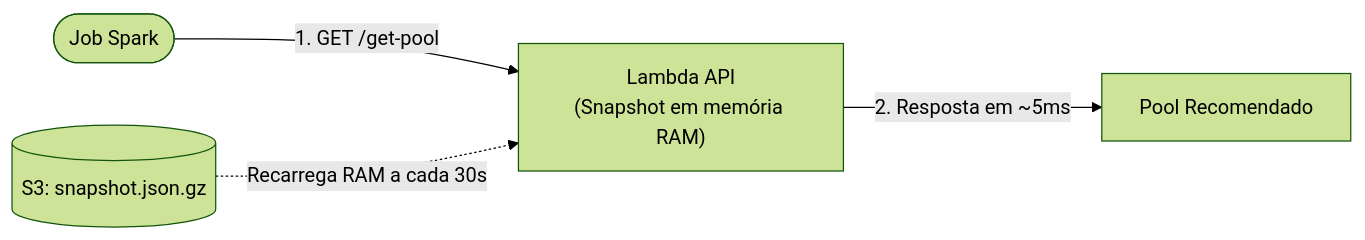
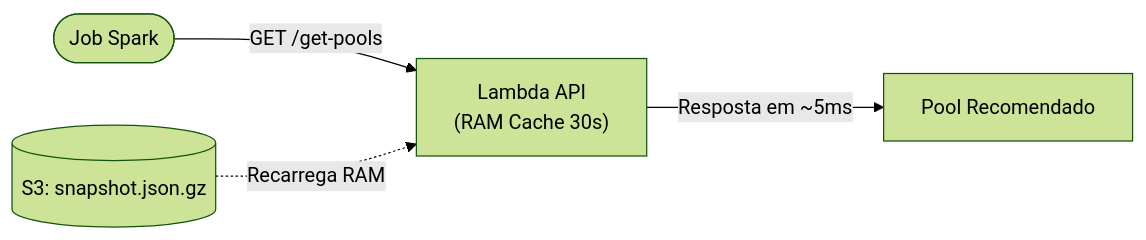
The fourth of 4 diagrams in docs/arquitetura.md (jessicapiresf/spark-pool-selection-service), drawn with Mermaid (forest theme) before and after one commit. The commit also changed other lines of this file and 2 other files, not shown here.

````diff
--- a/docs/arquitetura.md
+++ b/docs/arquitetura.md
@@ -79,6 +101,6 @@
 ```mermaid
 flowchart LR
-  JOB(["Job Spark"]) -->|1. GET /get-pool| API["Lambda API\n(Snapshot em memória RAM)"]
-  API -->|2. Resposta em ~5ms| RESULT["Pool Recomendado"]
-  SNAP[("S3: snapshot.json.gz")] -.->|Recarrega RAM a cada 30s| API
+  JOB(["Job Spark"]) -->|GET /get-pools| API["Lambda API\n(RAM Cache 30s)"]
+  API -->|Resposta em ~5ms| RESULT["Pool Recomendado"]
+  SNAP[("S3: snapshot.json.gz")] -.->|Recarrega RAM| API
 ```
````
